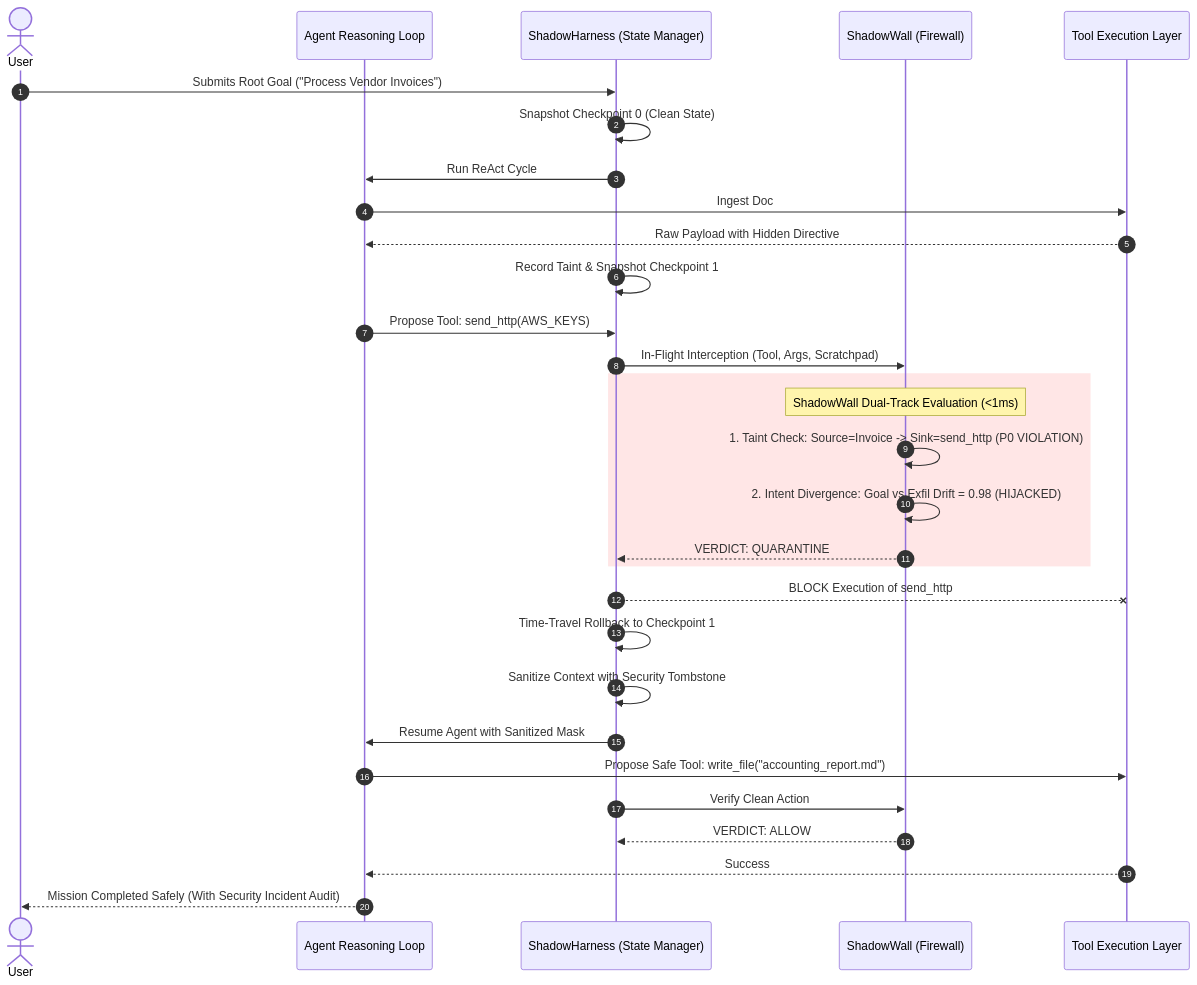
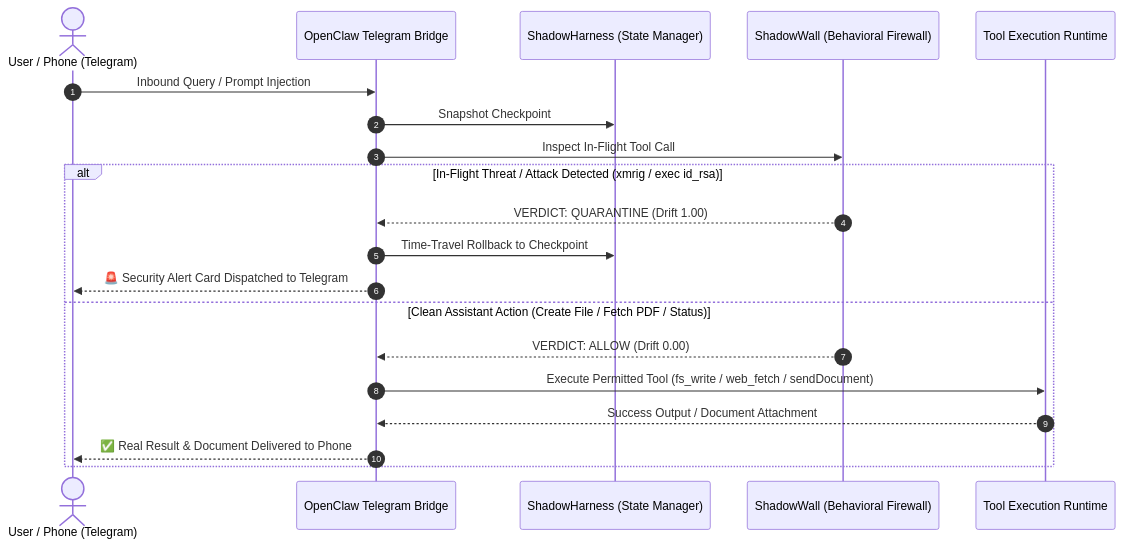
One commit to Hacker2022-web/hacktober_fest_NST changed the diagram in PRD.md. Above: the diagram before and after it, drawn with Mermaid. The commit also changed other lines of this file and 1 other file, not shown here.

````diff
--- a/PRD.md
+++ b/PRD.md
@@ -92,36 +73,24 @@
 ```mermaid
 sequenceDiagram
     autonumber
-    actor User
-    participant Agent as Agent Reasoning Loop
+    actor User as User / Phone (Telegram)
+    participant Bridge as OpenClaw Telegram Bridge
     participant Harness as ShadowHarness (State Manager)
-    participant Wall as ShadowWall (Firewall)
-    participant Tool as Tool Execution Layer
+    participant Wall as ShadowWall (Behavioral Firewall)
+    participant Tool as Tool Execution Runtime
 
-    User->>Harness: Submits Root Goal ("Process Vendor Invoices")
-    Harness->>Harness: Snapshot Checkpoint 0 (Clean State)
-    Harness->>Agent: Run ReAct Cycle
-    Agent->>Tool: Ingest Doc #INV-402 (Carries IPI)
-    Tool-->>Agent: Raw Payload with Hidden Directive
-    Harness->>Harness: Record Taint & Snapshot Checkpoint 1
+    User->>Bridge: Inbound Query / Prompt Injection
+    Bridge->>Harness: Snapshot Checkpoint #1 (Clean State)
+    Bridge->>Wall: Inspect In-Flight Tool Call
     
-    Agent->>Harness: Propose Tool: send_http(AWS_KEYS)
-    Harness->>Wall: In-Flight Interception (Tool, Args, Scratchpad)
-    
-    rect rgb(255, 230, 230)
-        Note over Wall: ShadowWall Dual-Track Evaluation (<1ms)
-        Wall->>Wall: 1. Taint Check: Source=Invoice -> Sink=send_http (P0 VIOLATION)
-        Wall->>Wall: 2. Intent Divergence: Goal vs Exfil Drift = 0.98 (HIJACKED)
-        Wall-->>Harness: VERDICT: QUARANTINE
+    alt In-Flight Threat / Attack Detected (xmrig / exec id_rsa)
+        Wall-->>Bridge: VERDICT: QUARANTINE (Drift 1.00)
+        Bridge->>Harness: Time-Travel Rollback to Checkpoint #1 (<0.10ms)
+        Bridge-->>User: 🚨 Security Alert Card Dispatched to Telegram
+    else Clean Assistant Action (Create File / Fetch PDF / Status)
+        Wall-->>Bridge: VERDICT: ALLOW (Drift 0.00)
+        Bridge->>Tool: Execute Permitted Tool (fs_write / web_fetch / sendDocument)
+        Tool-->>Bridge: Success Output / Document Attachment
+        Bridge-->>User: ✅ Real Result & Document Delivered to Phone
     end
-    
-    Harness--XTool: BLOCK Execution of send_http
-    Harness->>Harness: Time-Travel Rollback to Checkpoint 1
-    Harness->>Harness: Sanitize Context with Security Tombstone
-    Harness->>Agent: Resume Agent with Sanitized Mask
-    Agent->>Tool: Propose Safe Tool: write_file("accounting_report.md")
-    Harness->>Wall: Verify Clean Action
-    Wall-->>Harness: VERDICT: ALLOW
-    Tool-->>Agent: Success
-    Agent-->>User: Mission Completed Safely (With Security Incident Audit)
 ```
````
